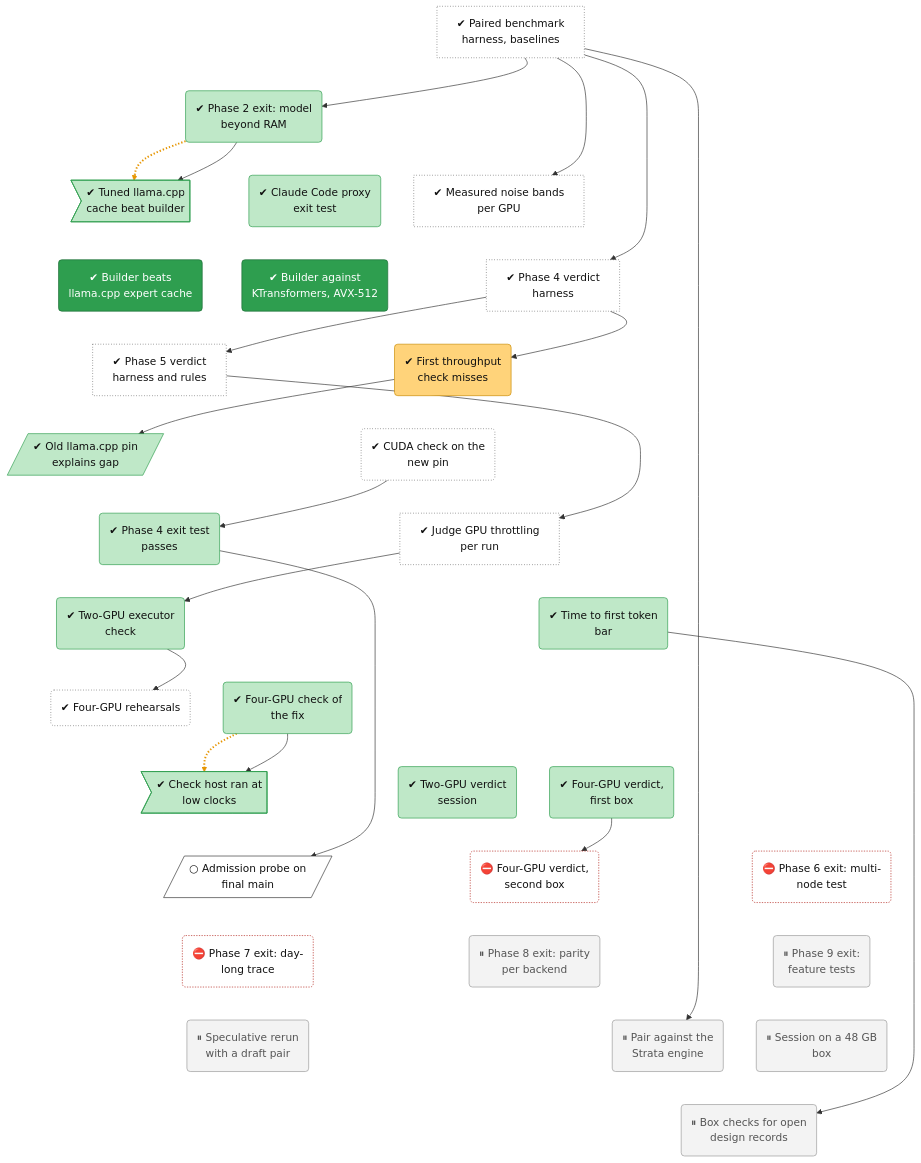
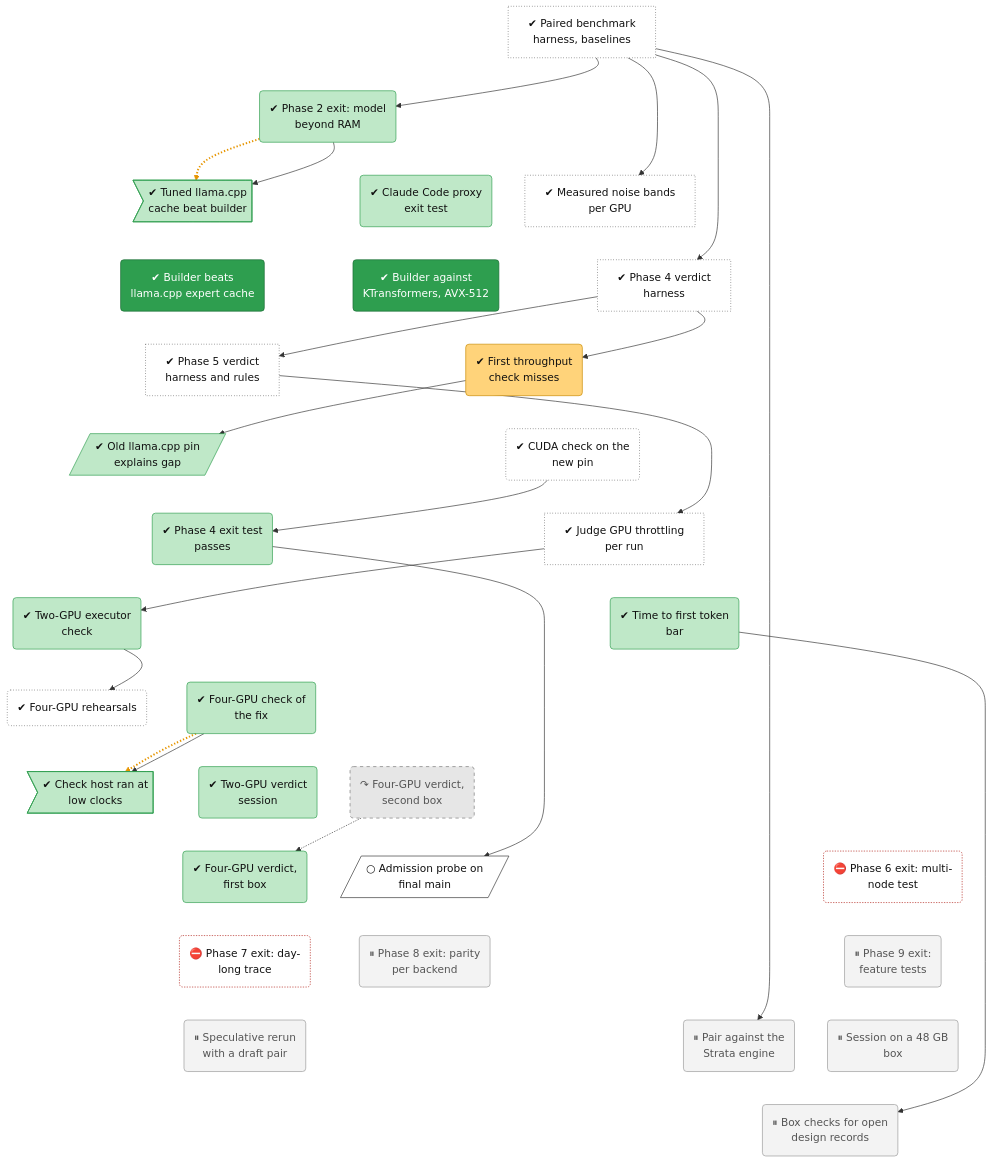
The diagram in docs/roadmap/tracks/bench.md (lhns/tetraeder), drawn with Mermaid before and after one commit. The commit also changed other lines of this file and 5 other files, not shown here.

Commit message:
Phase 5 verdict merged: phase5_pass true (D2, M2, D4, M4); V4b not needed (superseded by V4a's three clean rounds)

````diff
--- a/docs/roadmap/tracks/bench.md
+++ b/docs/roadmap/tracks/bench.md
@@ -29,9 +29,9 @@
     bench_s3f2("✔ Four-GPU check of<br/>the fix")
     bench_defect_s3f2_clock>"✔ Check host ran at<br/>low clocks"]
     bench_v2_verdict("✔ Two-GPU verdict<br/>session")
+    bench_v4b_verdict("↷ Four-GPU verdict,<br/>second box")
     bench_v4a_verdict("✔ Four-GPU verdict,<br/>first box")
     bench_d2a_probe[/"○ Admission probe on<br/>final main"/]
-    bench_v4b_verdict("⛔ Four-GPU verdict,<br/>second box")
     bench_phase6_exit("⛔ Phase 6 exit: multi-<br/>node test")
     bench_phase7_exit("⛔ Phase 7 exit: day-<br/>long trace")
     bench_phase8_exit("⏸ Phase 8 exit: parity<br/>per backend")
@@ -60,12 +60,12 @@
     bench_ttft ~~~ bench_s3f2
     bench_s3_rehearsal ~~~ bench_defect_s3f2_clock
     bench_s3f2 ~~~ bench_v2_verdict
-    bench_s3f2 ~~~ bench_v4a_verdict
-    bench_defect_s3f2_clock ~~~ bench_d2a_probe
-    bench_v2_verdict ~~~ bench_v4b_verdict
-    bench_v4a_verdict ~~~ bench_phase6_exit
-    bench_d2a_probe ~~~ bench_phase7_exit
-    bench_v4b_verdict ~~~ bench_phase8_exit
+    bench_s3f2 ~~~ bench_v4b_verdict
+    bench_defect_s3f2_clock ~~~ bench_v4a_verdict
+    bench_v2_verdict ~~~ bench_d2a_probe
+    bench_v4b_verdict ~~~ bench_phase6_exit
+    bench_v4a_verdict ~~~ bench_phase7_exit
+    bench_d2a_probe ~~~ bench_phase8_exit
     bench_phase6_exit ~~~ bench_phase9_exit
     bench_phase7_exit ~~~ bench_spec_rerun
     bench_phase8_exit ~~~ bench_strata_pairing
@@ -87,8 +87,8 @@
     bench_s2_step0 --> bench_s3_rehearsal
     bench_s3f2 -.-> bench_defect_s3f2_clock
     bench_s3f2 --> bench_defect_s3f2_clock
+    bench_v4b_verdict -.-> bench_v4a_verdict
     bench_phase4_exit --> bench_d2a_probe
-    bench_v4a_verdict --> bench_v4b_verdict
     bench_harness --> bench_strata_pairing
     bench_ttft --> bench_open_records
     linkStyle 34,45 stroke:#e69500,stroke-width:3px,stroke-dasharray:2 3
@@ -110,7 +110,8 @@
     class bench_phase2_exit,bench_defect_tuned_cache,bench_phase3b_proxy,bench_pin_ab,bench_phase4_exit,bench_s2_step0,bench_ttft,bench_s3f2,bench_defect_s3f2_clock,bench_v2_verdict,bench_v4a_verdict succ
     class bench_m1_point1,bench_m1_point3 vsucc
     class bench_d2a_rerun mixed
+    class bench_v4b_verdict dead
     class bench_d2a_probe next
-    class bench_v4b_verdict,bench_phase6_exit,bench_phase7_exit blocked
+    class bench_phase6_exit,bench_phase7_exit blocked
     class bench_phase8_exit,bench_phase9_exit,bench_spec_rerun,bench_strata_pairing,bench_d1_session,bench_open_records parked
 ```
````
